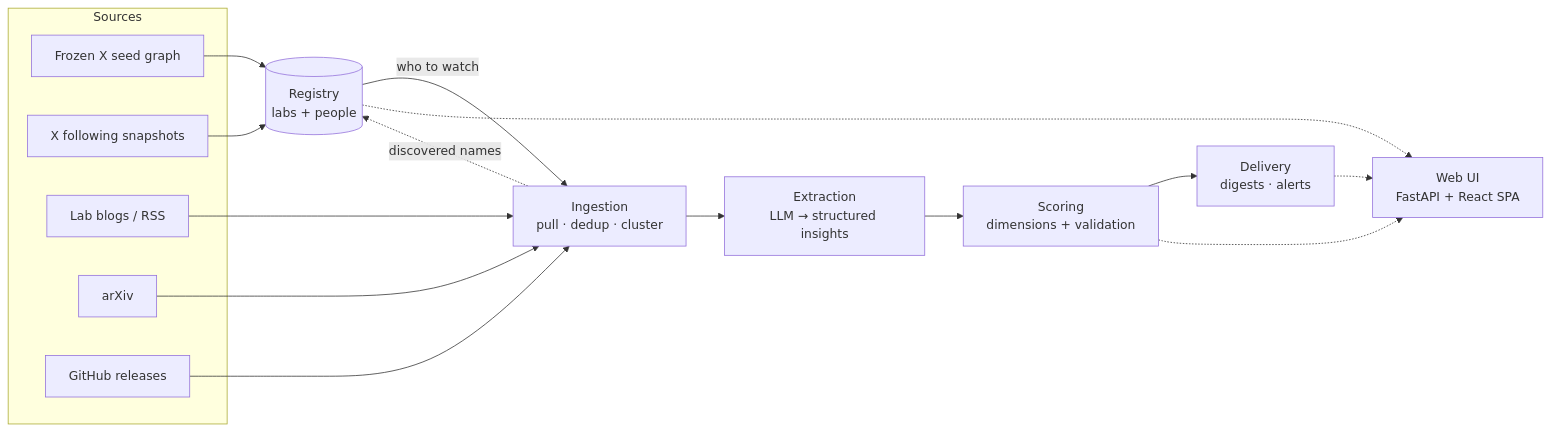
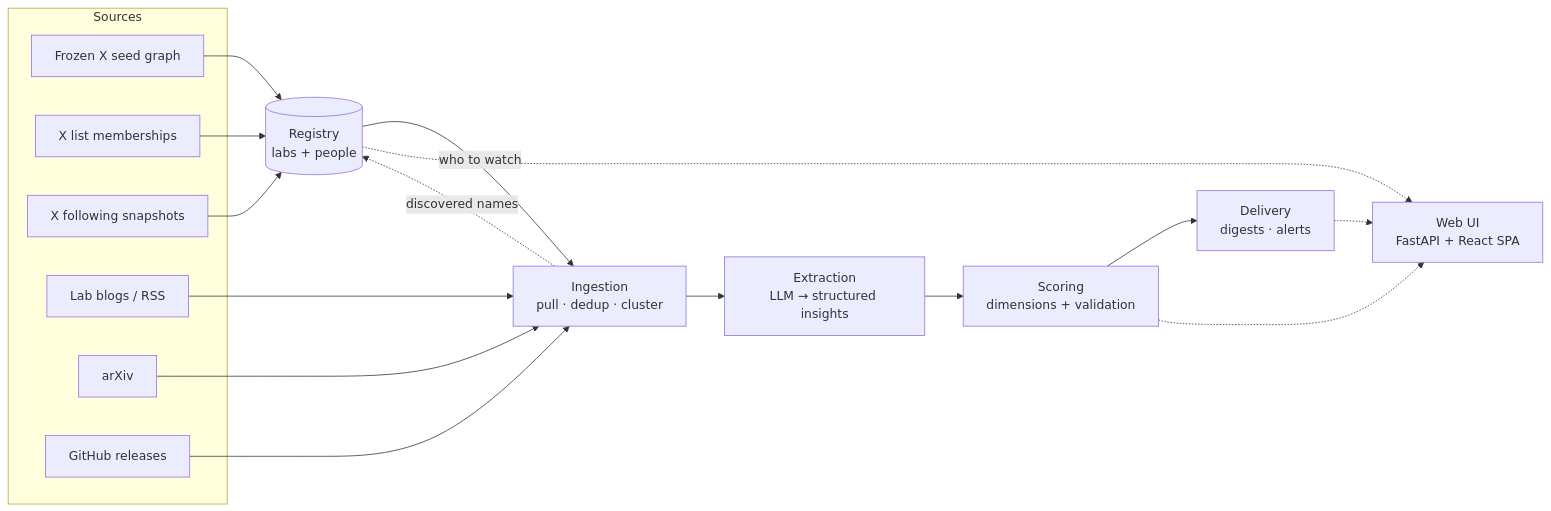
One commit to AdithyanI/frontier-lab-intelligence changed the first of 4 diagrams in docs/architecture/overview.md. Above: the diagram before and after it, drawn with Mermaid. The commit also changed other lines of this file and 7 other files, not shown here.

````diff
--- a/docs/architecture/overview.md
+++ b/docs/architecture/overview.md
@@ -31,29 +31,31 @@
 ```mermaid
 flowchart LR
     subgraph sources [Sources]
         XSEED[Frozen X seed graph]
-        XFOLLOW[X following snapshots]
+    XLISTS[X list memberships]
+    XFOLLOW[X following snapshots]
         BLOGS[Lab blogs / RSS]
         ARXIV[arXiv]
         GH[GitHub releases]
     end
 
     REG[(Registry<br/>labs + people)]
     ING[Ingestion<br/>pull · dedup · cluster]
     EXT[Extraction<br/>LLM → structured insights]
     SCO[Scoring<br/>dimensions + validation]
     DEL[Delivery<br/>digests · alerts]
     UI[Web UI<br/>FastAPI + React SPA]
 
     XSEED --> REG
+    XLISTS --> REG
     XFOLLOW --> REG
     REG -->|who to watch| ING
     BLOGS & ARXIV & GH --> ING
     ING --> EXT
     EXT --> SCO
     SCO --> DEL
     REG -.-> UI
     SCO -.-> UI
     DEL -.-> UI
     ING -.->|discovered names| REG
 ```
````
